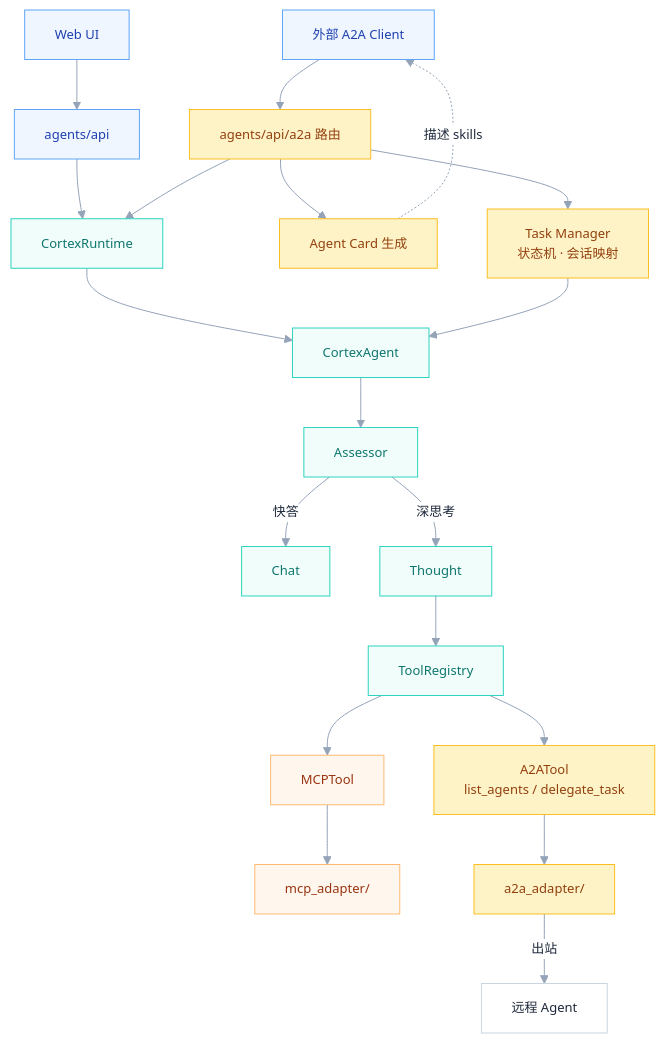
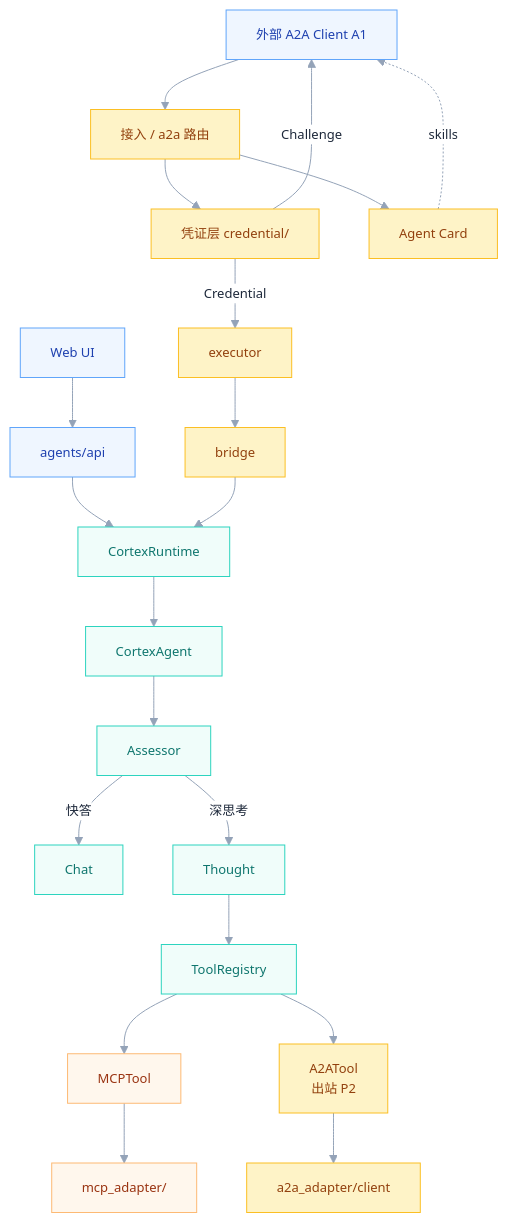
Before and after one commit to Zhong-y-j/Hubloom: the fifth of 10 diagrams in docs/Hubloom-A2A互联.md, drawn with Mermaid. The commit also changed other lines of this file and 3 other files, not shown here.

````diff
--- a/docs/Hubloom-A2A互联.md
+++ b/docs/Hubloom-A2A互联.md
@@ -88,37 +345,38 @@
 ```mermaid
 %%{init: {"theme":"base","themeVariables":{"background":"#ffffff","primaryColor":"#ffffff","primaryBorderColor":"#cbd5e1","primaryTextColor":"#1e293b","lineColor":"#94a3b8","fontSize":"13px"}}}%%
 flowchart TB
     UI["Web UI"] --> FAPI["agents/api"]
-    EXT["外部 A2A Client"] --> A2AR["agents/api/a2a 路由"]
+    EXT["外部 A2A Client A1"] --> A2AR["接入 / a2a 路由"]
+
+    A2AR --> CRED["凭证层 credential/"]
+    CRED -->|Credential| EX["executor"]
+    CRED -->|Challenge| EXT
 
     FAPI --> RT["CortexRuntime"]
-    A2AR --> RT
+    EX --> BR["bridge"]
+    BR --> RT
     RT --> AG["CortexAgent"]
     AG --> AS["Assessor"]
     AS -->|快答| CH["Chat"]
     AS -->|深思考| TH["Thought"]
 
     TH --> REG["ToolRegistry"]
     REG --> MCPT["MCPTool"]
-    REG --> A2AT["A2ATool<br/>list_agents / delegate_task"]
+    REG --> A2AT["A2ATool<br/>出站 P2"]
 
     MCPT --> MCPA["mcp_adapter/"]
-    A2AT --> A2AA["a2a_adapter/"]
+    A2AT --> A2AA["a2a_adapter/client"]
 
-    A2AR --> CARD["Agent Card 生成"]
-    A2AR --> TASK["Task Manager<br/>状态机 · 会话映射"]
-    TASK --> AG
-
-    CARD -.->|描述 skills| EXT
-    A2AA -->|出站| REMOTE["远程 Agent"]
+    A2AR --> CARD["Agent Card"]
+    CARD -.->|skills| EXT
 
     classDef entry fill:#eff6ff,stroke:#60a5fa,color:#1e40af
     classDef orch fill:#f0fdfa,stroke:#2dd4bf,color:#0f766e
     classDef a2a fill:#fef3c7,stroke:#fbbf24,color:#92400e
     classDef mcp fill:#fff7ed,stroke:#fdba74,color:#9a3412
 
     class UI,FAPI,EXT entry
     class RT,AG,AS,CH,TH,REG orch
-    class A2AR,A2AT,A2AA,CARD,TASK a2a
+    class A2AR,CRED,EX,BR,CARD,A2AT,A2AA a2a
     class MCPT,MCPA mcp
 ```
````
